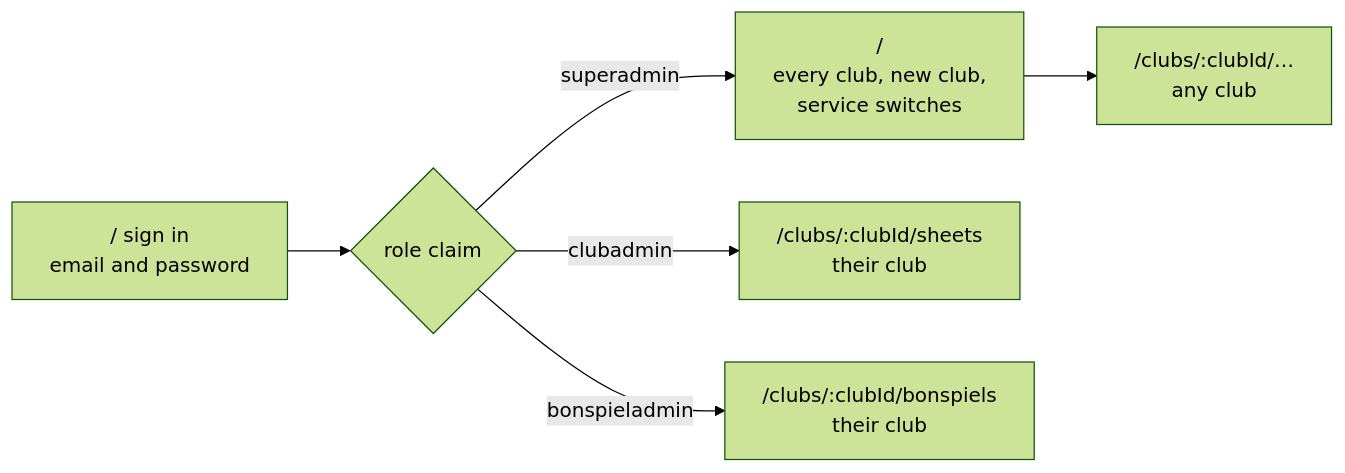
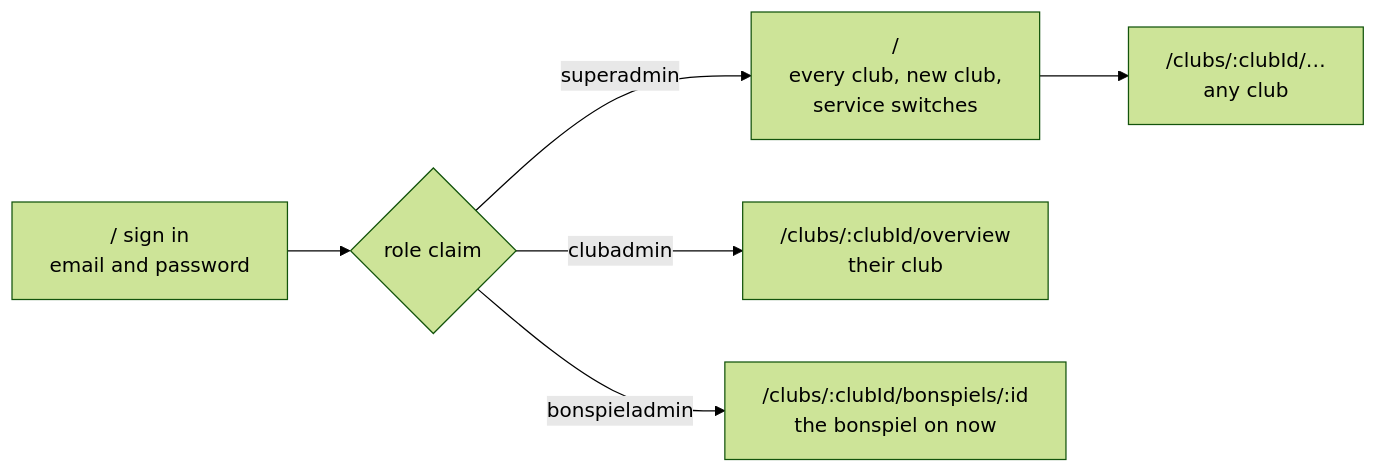
The first of 2 diagrams in docs/architecture/admin-portal.md (CloudgateStudios/curling_scoreboard), drawn with Mermaid (forest theme) before and after one commit. The commit also changed other lines of this file and 19 other files, not shown here.

First line of the commit message:
feat: a club overview with what is on the ice, what is next and what is left to set up (#420)

````diff
--- a/docs/architecture/admin-portal.md
+++ b/docs/architecture/admin-portal.md
@@ -13,8 +13,8 @@
 ```mermaid
 flowchart LR
   LOGIN["/ sign in<br/>email and password"] --> ROLE{"role claim"}
   ROLE -- "superadmin" --> SA["/<br/>every club, new club,<br/>service switches"]
   SA --> CLUB["/clubs/:clubId/…<br/>any club"]
-  ROLE -- "clubadmin" --> CA["/clubs/:clubId/sheets<br/>their club"]
-  ROLE -- "bonspieladmin" --> BA["/clubs/:clubId/bonspiels<br/>their club"]
+  ROLE -- "clubadmin" --> CA["/clubs/:clubId/overview<br/>their club"]
+  ROLE -- "bonspieladmin" --> BA["/clubs/:clubId/bonspiels/:id<br/>the bonspiel on now"]
 ```
````
